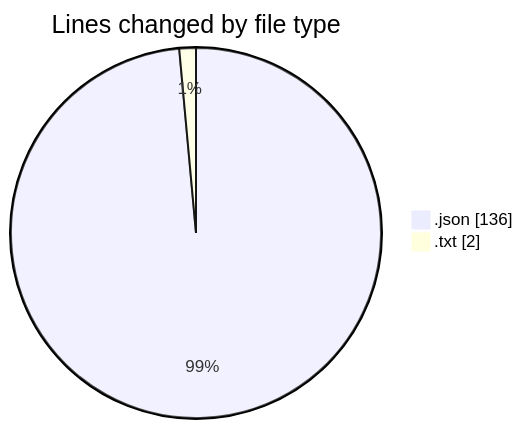
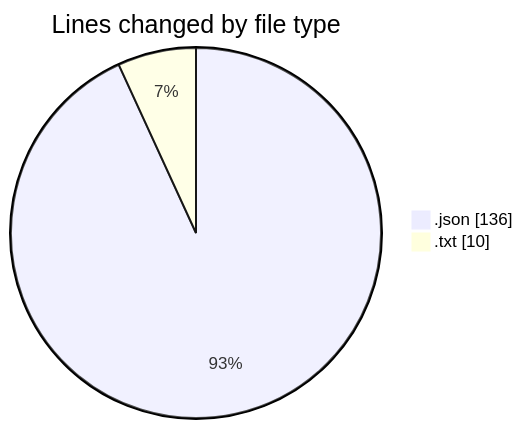
One commit to EIIisD/code-tracking changed the first of 2 diagrams in 2025-08-10/transactions-new/README.md. Above: the diagram before and after it, drawn with Mermaid. The commit also changed other lines of this file and 1 other file, not shown here.

````diff
--- a/2025-08-10/transactions-new/README.md
+++ b/2025-08-10/transactions-new/README.md
@@ -23,6 +23,6 @@
 ```mermaid
 pie showData
 title Lines changed by file type
 ".json" : 136
-".txt" : 2
+".txt" : 10
 ```
````
